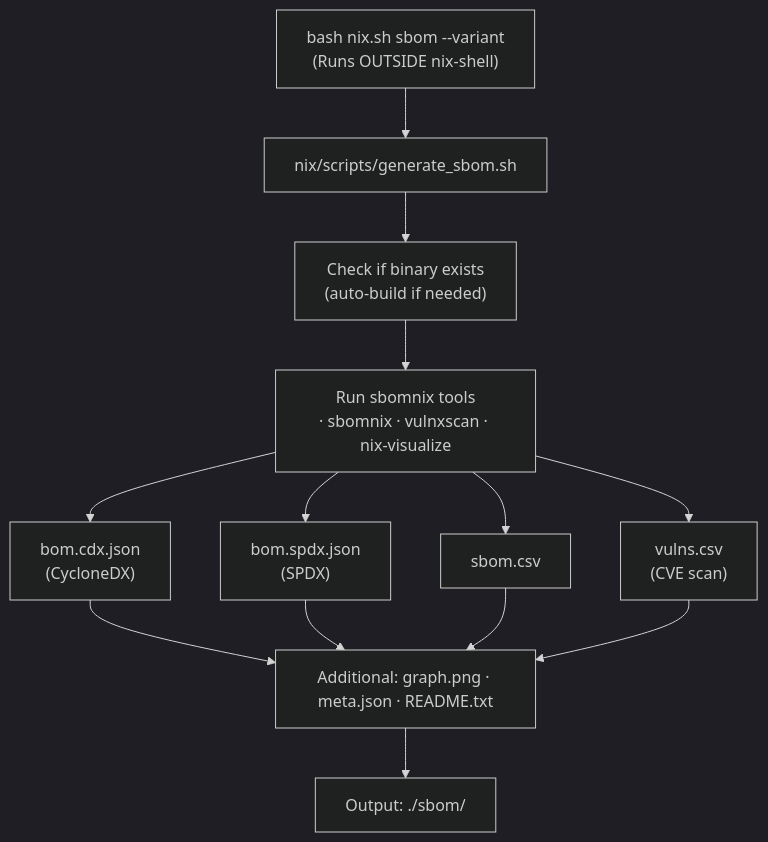
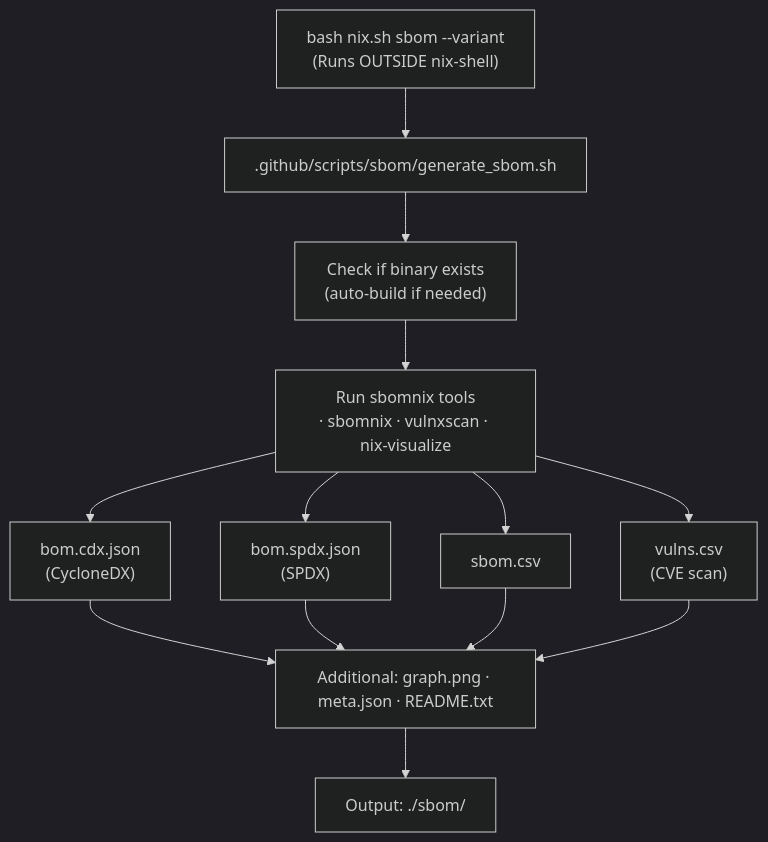
One commit to Cosmian/kms changed the seventh of 12 diagrams in .github/scripts/README.md. Above: the diagram before and after it, drawn with Mermaid (dark theme). The commit also changed other lines of this file and 124 other files, not shown here.

````diff
--- a/.github/scripts/README.md
+++ b/.github/scripts/README.md
@@ -619,17 +698,17 @@
 ```mermaid
 flowchart TB
     cmd["bash nix.sh sbom --variant <fips|non-fips><br/>(Runs OUTSIDE nix-shell)"]
-    gen["nix/scripts/generate_sbom.sh"]
+    gen[".github/scripts/sbom/generate_sbom.sh"]
     check["Check if binary exists<br/>(auto-build if needed)"]
     sbomnix["Run sbomnix tools<br/>· sbomnix · vulnxscan · nix-visualize"]
     cmd --> gen --> check --> sbomnix
     cdx["bom.cdx.json<br/>(CycloneDX)"]
     spdx["bom.spdx.json<br/>(SPDX)"]
     csv["sbom.csv"]
     vulns["vulns.csv<br/>(CVE scan)"]
     sbomnix --> cdx & spdx & csv & vulns
     extra["Additional: graph.png · meta.json · README.txt"]
     cdx & spdx & csv & vulns --> extra
     output["Output: ./sbom/"]
     extra --> output
 ```
````
